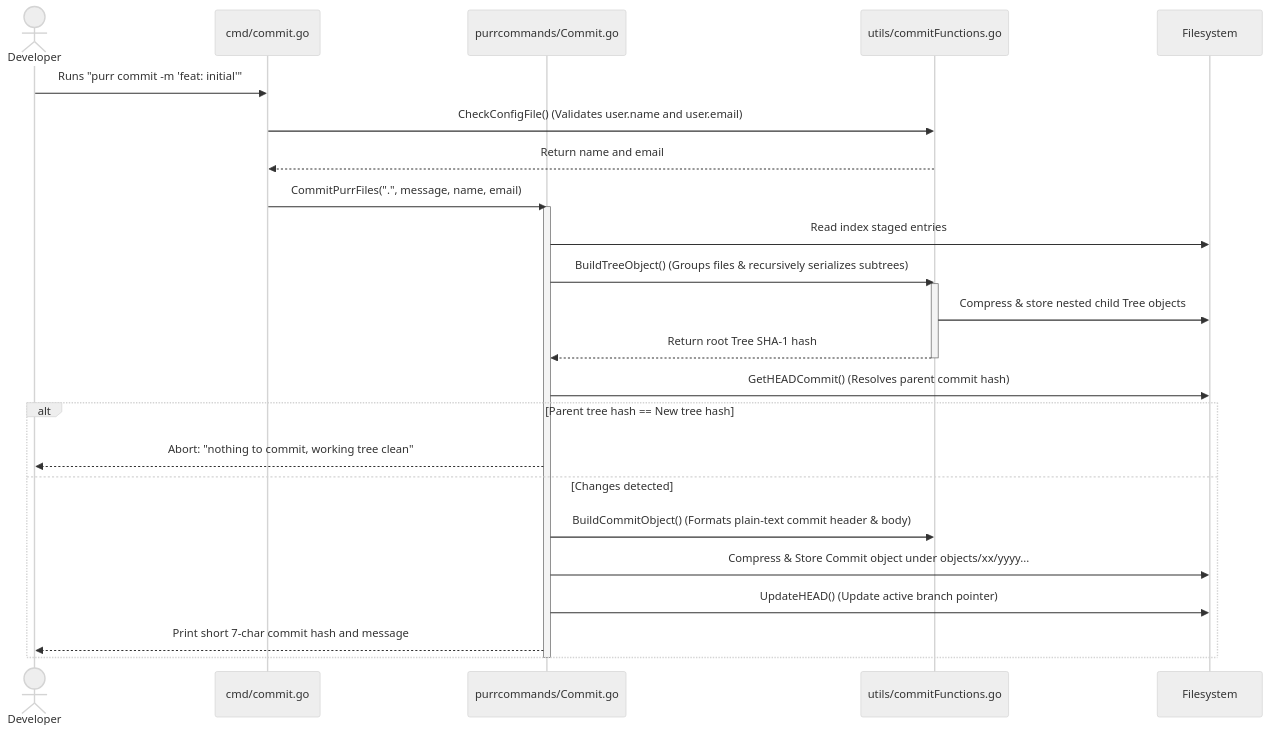
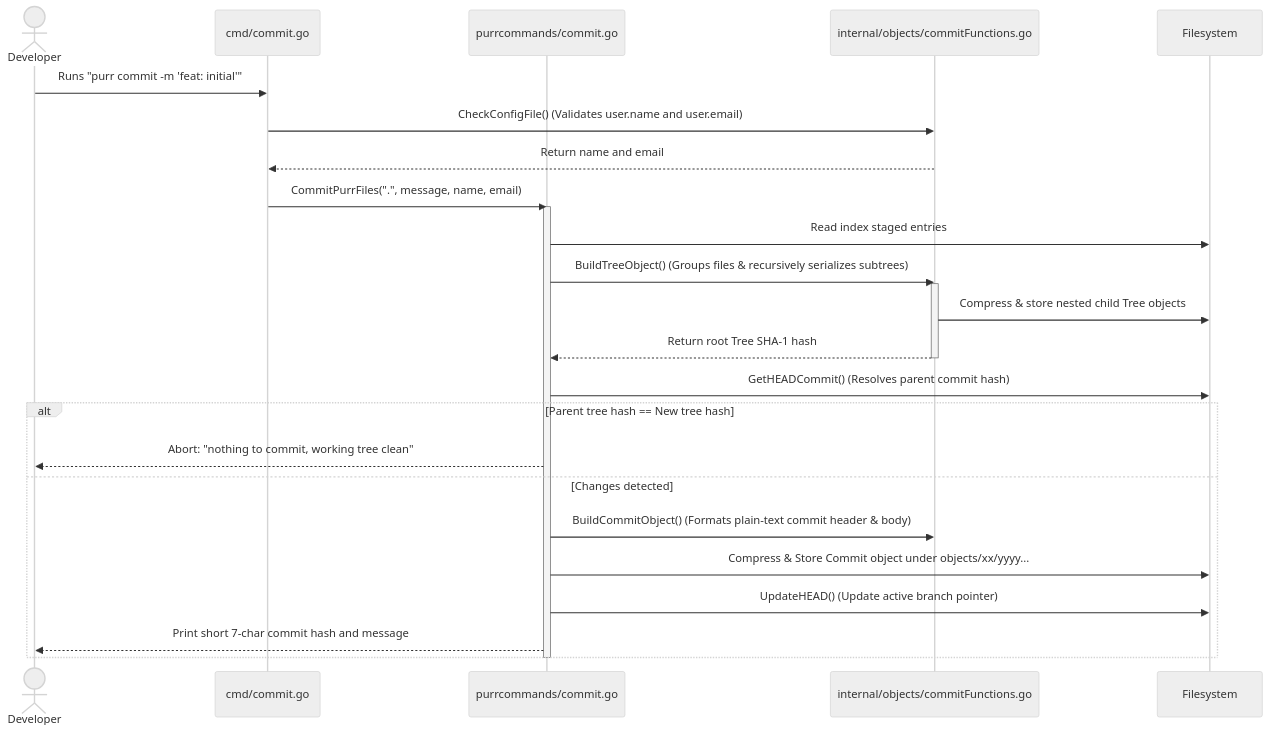
The third of 4 diagrams in Docs/COMMANDS_GUIDE.md (TheRealShek/persephone), drawn with Mermaid (neutral theme) before and after one commit. The commit also changed other lines of this file and 5 other files, not shown here.

````diff
--- a/Docs/COMMANDS_GUIDE.md
+++ b/Docs/COMMANDS_GUIDE.md
@@ -212,30 +212,30 @@
 ```mermaid
 sequenceDiagram
     actor Developer
     participant CLI as cmd/commit.go
-    participant Core as purrcommands/Commit.go
-    participant Util as utils/commitFunctions.go
+    participant Core as purrcommands/commit.go
+    participant Util as internal/objects/commitFunctions.go
     participant OS as Filesystem
 
     Developer->>CLI: Runs "purr commit -m 'feat: initial'"
     CLI->>Util: CheckConfigFile() (Validates user.name and user.email)
     Util-->>CLI: Return name and email
     CLI->>Core: CommitPurrFiles(".", message, name, email)
     activate Core
     Core->>OS: Read index staged entries
     Core->>Util: BuildTreeObject() (Groups files & recursively serializes subtrees)
     activate Util
     Util->>OS: Compress & store nested child Tree objects
     Util-->>Core: Return root Tree SHA-1 hash
     deactivate Util
     Core->>OS: GetHEADCommit() (Resolves parent commit hash)
     alt Parent tree hash == New tree hash
         Core-->>Developer: Abort: "nothing to commit, working tree clean"
     else Changes detected
         Core->>Util: BuildCommitObject() (Formats plain-text commit header & body)
         Core->>OS: Compress & Store Commit object under objects/xx/yyyy...
         Core->>OS: UpdateHEAD() (Update active branch pointer)
         Core-->>Developer: Print short 7-char commit hash and message
     end
     deactivate Core
 ```
````
